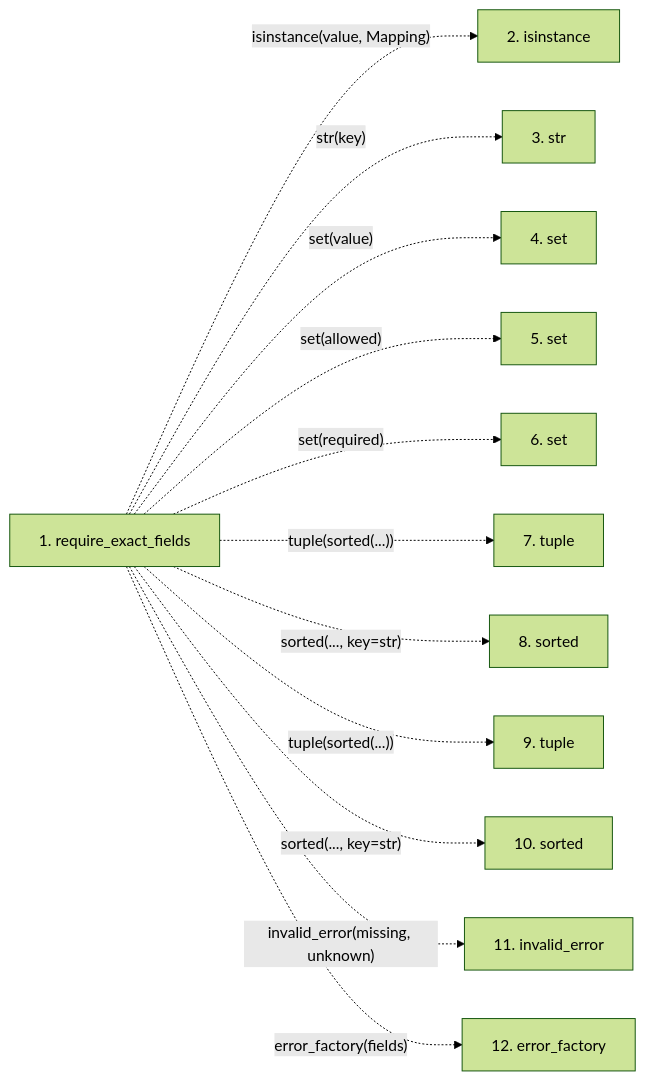
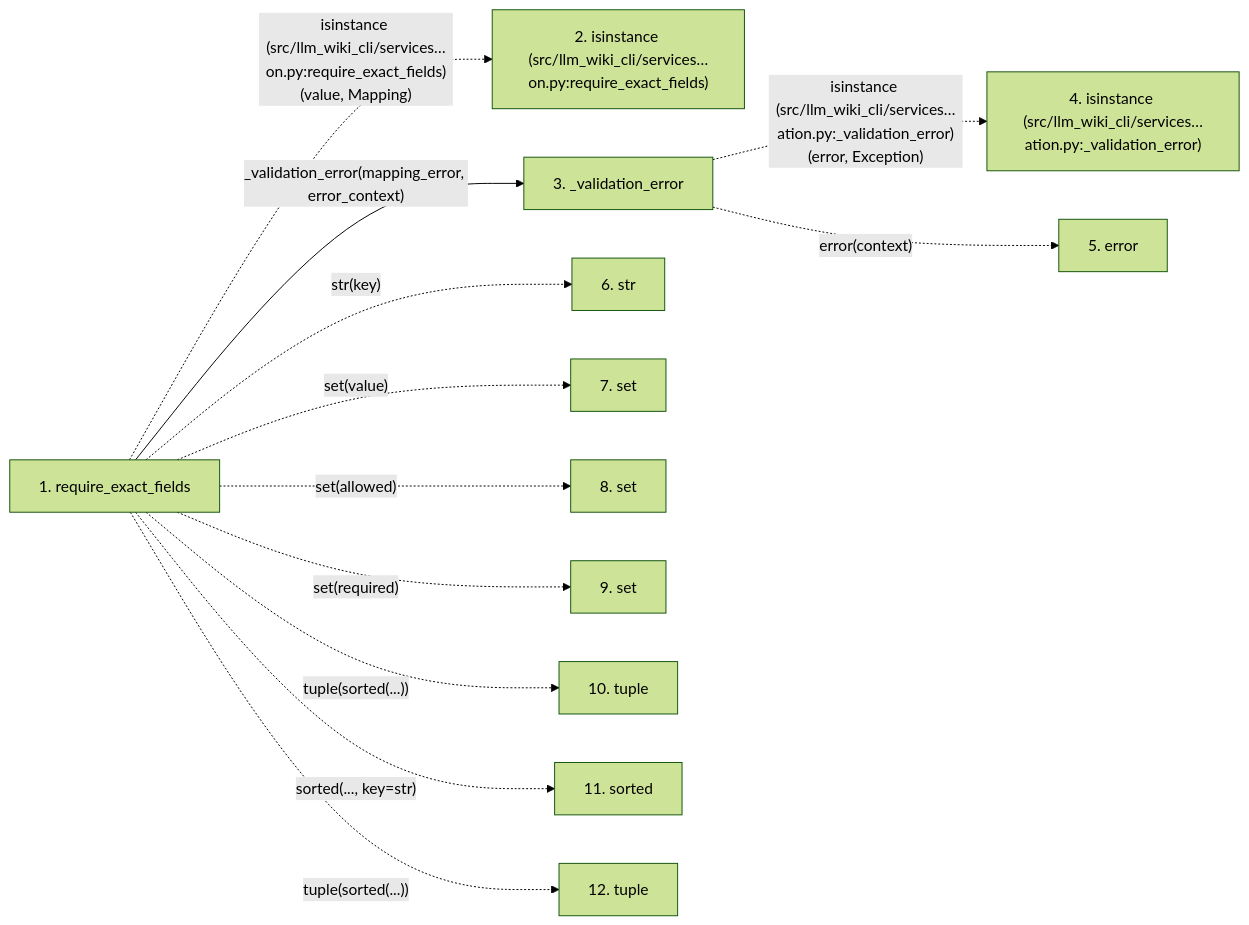
The second of 2 diagrams in docs/llm_wiki/flows/api-require_exact_fields.md (Denissvgn/python-wiki-llm), drawn with Mermaid (forest theme) before and after one commit. The commit also changed other lines of this file and 627 other files, not shown here.

````diff
--- a/docs/llm_wiki/flows/api-require_exact_fields.md
+++ b/docs/llm_wiki/flows/api-require_exact_fields.md
@@ -69,27 +75,28 @@
 ```mermaid
 flowchart LR
     s1["1. require_exact_fields"]
-    s2["2. isinstance"]
-    s3["3. str"]
-    s4["4. set"]
-    s5["5. set"]
-    s6["6. set"]
-    s7["7. tuple"]
-    s8["8. sorted"]
-    s9["9. tuple"]
-    s10["10. sorted"]
-    s11["11. invalid_error"]
-    s12["12. error_factory"]
-    s1 -. "isinstance(value, Mapping)" .-> s2
-    s1 -. "str(key)" .-> s3
-    s1 -. "set(value)" .-> s4
-    s1 -. "set(allowed)" .-> s5
-    s1 -. "set(required)" .-> s6
-    s1 -. "tuple(sorted(...))" .-> s7
-    s1 -. "sorted(..., key=str)" .-> s8
-    s1 -. "tuple(sorted(...))" .-> s9
-    s1 -. "sorted(..., key=str)" .-> s10
-    s1 -. "invalid_error(missing, unknown)" .-> s11
-    s1 -. "error_factory(fields)" .-> s12
+    s2["2. isinstance (src/llm_wiki_cli/services…on.py:require_exact_fields)"]
+    s3["3. _validation_error"]
+    s4["4. isinstance (src/llm_wiki_cli/services…ation.py:_validation_error)"]
+    s5["5. error"]
+    s6["6. str"]
+    s7["7. set"]
+    s8["8. set"]
+    s9["9. set"]
+    s10["10. tuple"]
+    s11["11. sorted"]
+    s12["12. tuple"]
+    s1 -. "isinstance (src/llm_wiki_cli/services…on.py:require_exact_fields)(value, Mapping)" .-> s2
+    s1 -->|"_validation_error(mapping_error, error_context)"| s3
+    s3 -. "isinstance (src/llm_wiki_cli/services…ation.py:_validation_error)(error, Exception)" .-> s4
+    s3 -. "error(context)" .-> s5
+    s1 -. "str(key)" .-> s6
+    s1 -. "set(value)" .-> s7
+    s1 -. "set(allowed)" .-> s8
+    s1 -. "set(required)" .-> s9
+    s1 -. "tuple(sorted(...))" .-> s10
+    s1 -. "sorted(..., key=str)" .-> s11
+    s1 -. "tuple(sorted(...))" .-> s12
     click s1 "../modules/validation.md"
+    click s3 "../modules/validation.md"
 ```
````
